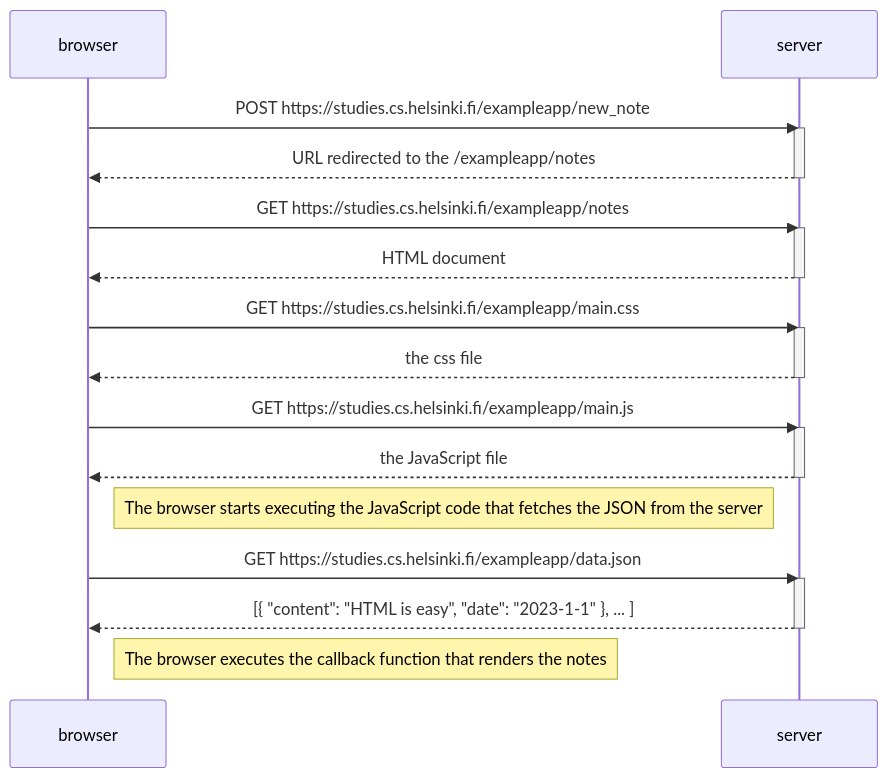
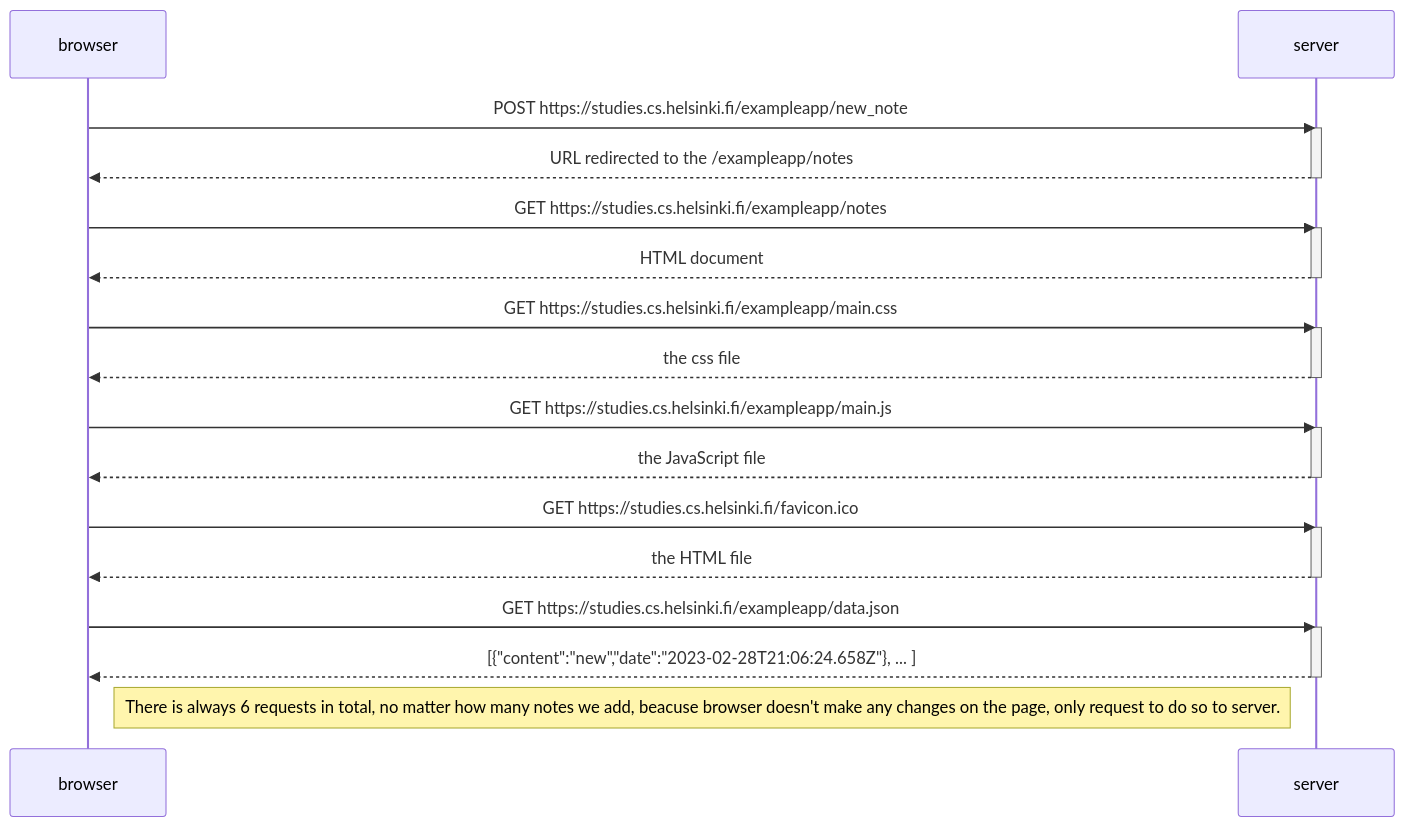
The diagram in 04.md (pypcio/part0), drawn with Mermaid before and after one commit. The commit also changed 2 other files, not shown here.

Commit message:
corected 04, added 05 and 06

````diff
--- a/04.md
+++ b/04.md
@@ -1,34 +1,38 @@
 ```mermaid
 sequenceDiagram
     participant browser
     participant server
 
     browser->>server: POST https://studies.cs.helsinki.fi/exampleapp/new_note
     activate server
     server-->>browser: URL redirected to the /exampleapp/notes
     deactivate server
 
     browser->>server: GET https://studies.cs.helsinki.fi/exampleapp/notes
     activate server
     server-->>browser: HTML document
     deactivate server
 
     browser->>server: GET https://studies.cs.helsinki.fi/exampleapp/main.css
     activate server
     server-->>browser: the css file
     deactivate server
 
     browser->>server: GET https://studies.cs.helsinki.fi/exampleapp/main.js
     activate server
     server-->>browser: the JavaScript file
     deactivate server
 
-    Note right of browser: The browser starts executing the JavaScript code that fetches the JSON from the server
+    browser->>server: GET https://studies.cs.helsinki.fi/favicon.ico
+    activate server
+    server-->>browser: the HTML file
+    deactivate server
+
 
     browser->>server: GET https://studies.cs.helsinki.fi/exampleapp/data.json
     activate server
-    server-->>browser: [{ "content": "HTML is easy", "date": "2023-1-1" }, ... ]
+    server-->>browser: [{"content":"new","date":"2023-02-28T21:06:24.658Z"}, ... ]
     deactivate server
 
-    Note right of browser: The browser executes the callback function that renders the notes
+    Note right of browser: There is always 6 requests in total, no matter how many notes we add, beacuse browser doesn't make any changes on the page, only request to do so to server.
 ```
````
